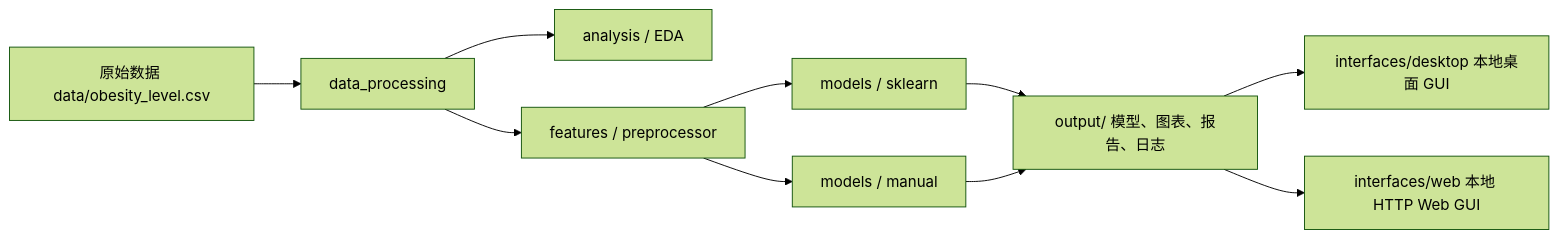
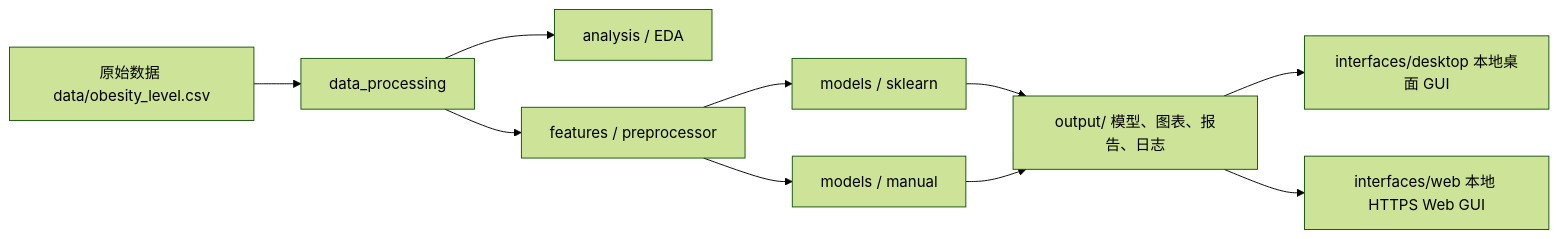
Before and after one commit to LiangYin-Zheng/2026-AI_CourseDesign: the diagram in README.md, drawn with Mermaid (forest theme). The commit also changed other lines of this file, not shown here.

Commit message:
docs(README): 更新文档以反映本地 HTTPS Web 界面的支持，修正相关描述

````diff
--- a/README.md
+++ b/README.md
@@ -54,12 +54,12 @@
 ```mermaid
 flowchart LR
     A[原始数据 data/obesity_level.csv] --> B[data_processing]
     B --> C[analysis / EDA]
     B --> D[features / preprocessor]
     D --> E1[models / sklearn]
     D --> E2[models / manual]
     E1 --> F[output/ 模型、图表、报告、日志]
     E2 --> F
     F --> G1[interfaces/desktop 本地桌面 GUI]
-    F --> G2[interfaces/web 本地 HTTP Web GUI]
+    F --> G2[interfaces/web 本地 HTTPS Web GUI]
 ```
````
